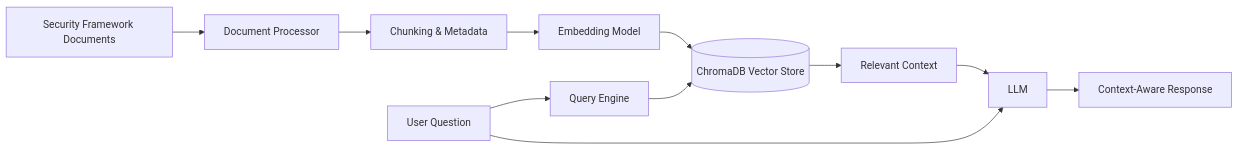
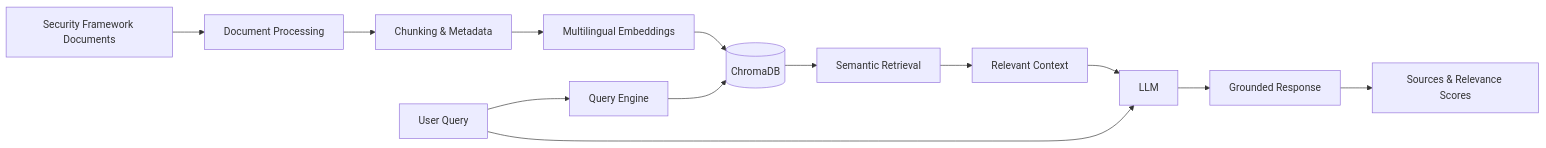
Before and after one commit to Yahmedd/isms-rag-platform: the diagram in README.md, drawn with Mermaid. The commit also changed other lines of this file, not shown here.

````diff
--- a/README.md
+++ b/README.md
@@ -24,14 +28,16 @@
 ```mermaid
 flowchart LR
-    A[Security Framework Documents] --> B[Document Processor]
+    A[Security Framework Documents] --> B[Document Processing]
     B --> C[Chunking & Metadata]
-    C --> D[Embedding Model]
-    D --> E[(ChromaDB Vector Store)]
+    C --> D[Multilingual Embeddings]
+    D --> E[(ChromaDB)]
 
-    F[User Question] --> G[Query Engine]
+    F[User Query] --> G[Query Engine]
     G --> E
-    E --> H[Relevant Context]
-    H --> I[LLM]
-    F --> I
-    I --> J[Context-Aware Response]
+    E --> H[Semantic Retrieval]
+    H --> I[Relevant Context]
+    I --> J[LLM]
+    F --> J
+    J --> K[Grounded Response]
+    K --> L[Sources & Relevance Scores]
 ```
````
